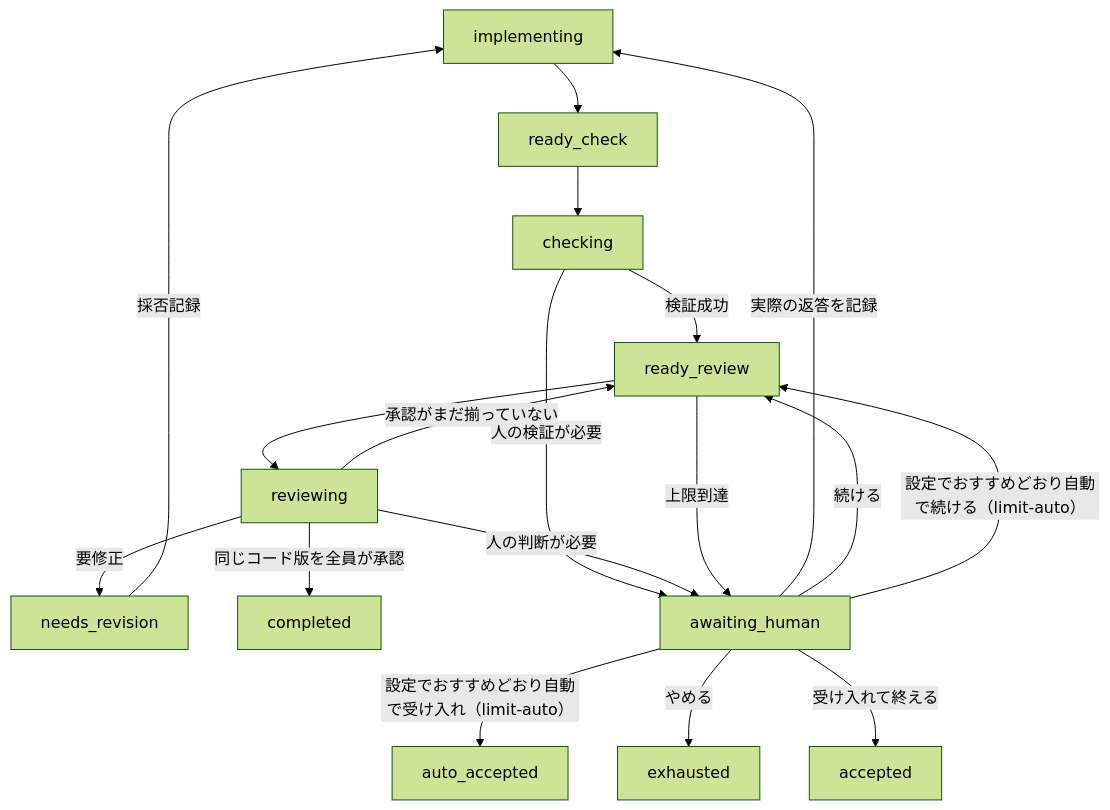
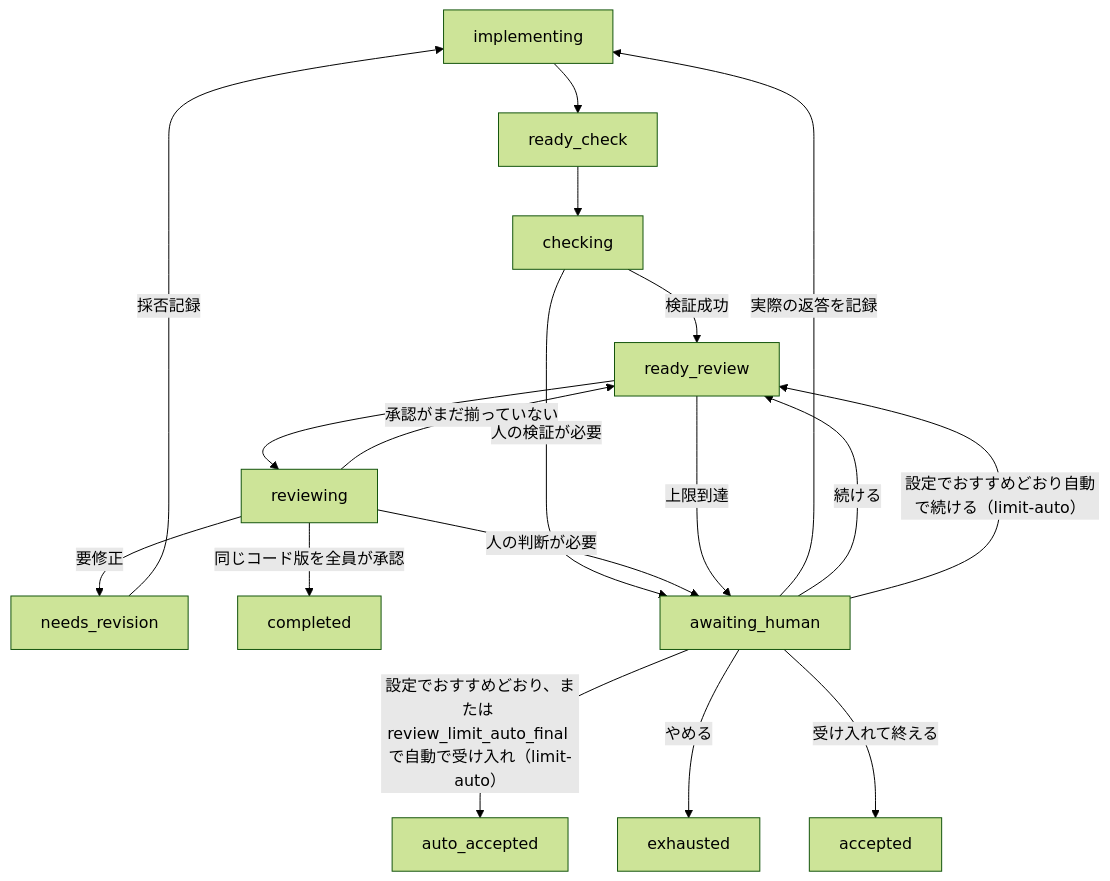
One commit to rysh25/devflow changed the second of 2 diagrams in docs/architecture.md. Above: the diagram before and after it, drawn with Mermaid (forest theme). The commit also changed other lines of this file and 55 other files, not shown here.

First line of the commit message:
Add /devflow:flow and review_limit_auto_final, replace the dirty worktree question (0.14.0) (#37)

````diff
--- a/docs/architecture.md
+++ b/docs/architecture.md
@@ -89,20 +92,20 @@
 ```mermaid
 flowchart TD
     I[implementing] --> C[ready_check]
     C --> K[checking]
     K -->|検証成功| R[ready_review]
     R --> V[reviewing]
     V -->|要修正| N[needs_revision]
     N -->|採否記録| I
     V -->|承認がまだ揃っていない| R
     V -->|同じコード版を全員が承認| D[completed]
     K -->|人の検証が必要| H[awaiting_human]
     V -->|人の判断が必要| H
     H -->|実際の返答を記録| I
     R -->|上限到達| H
     H -->|続ける| R
     H -->|設定でおすすめどおり自動で続ける（limit-auto）| R
-    H -->|設定でおすすめどおり自動で受け入れ（limit-auto）| AA[auto_accepted]
+    H -->|設定でおすすめどおり、または review_limit_auto_final で自動で受け入れ（limit-auto）| AA[auto_accepted]
     H -->|やめる| E[exhausted]
     H -->|受け入れて終える| A[accepted]
 ```
````
